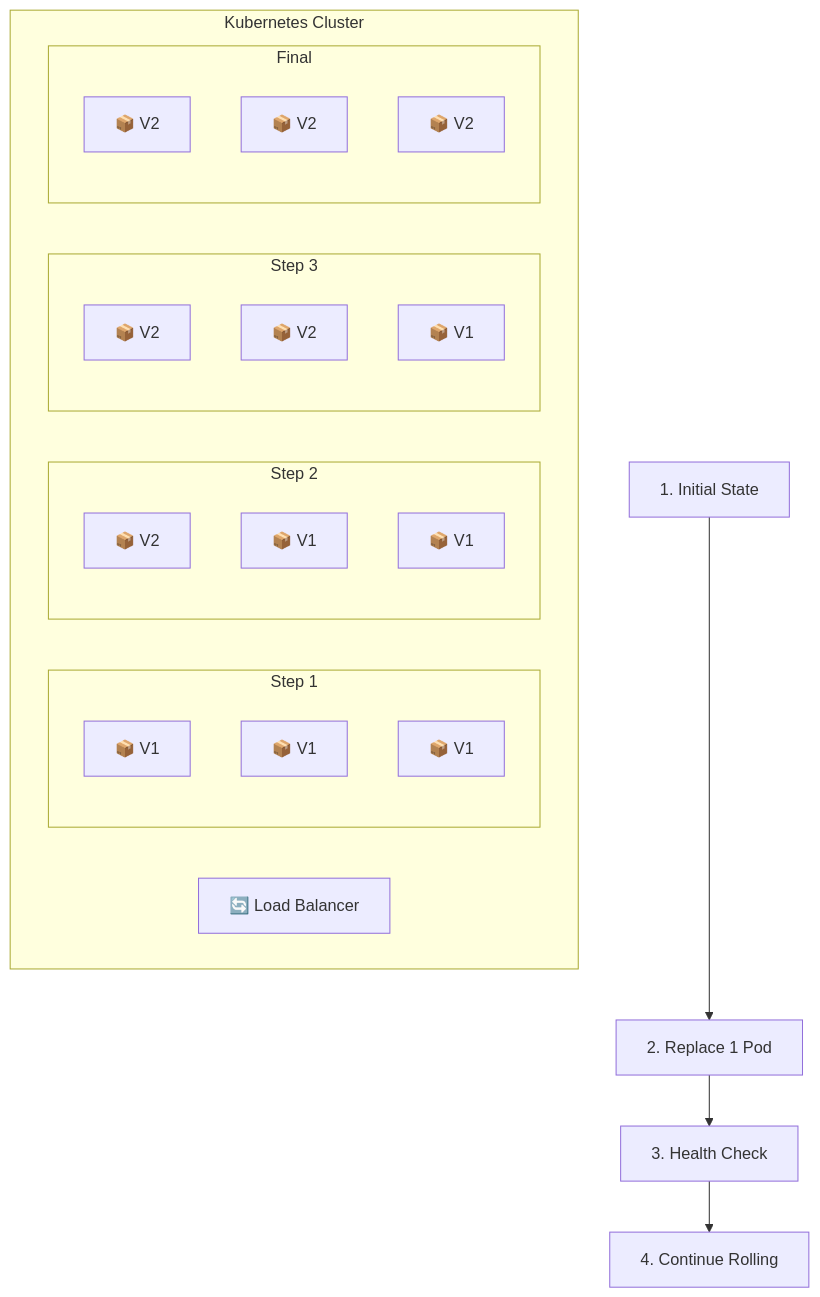
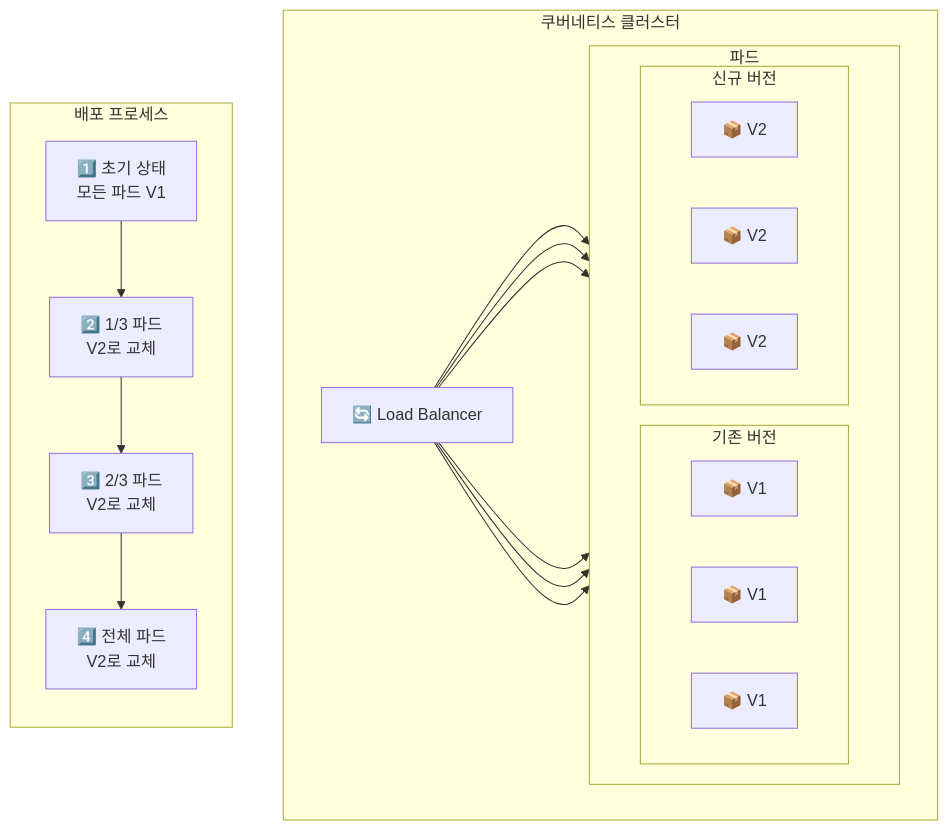
One commit to zinisuni/aiadd changed diagram 21 of 22 in docs/mermaid.md. Above: the diagram before and after it, drawn with Mermaid. The commit also changed other lines of this file, not shown here.

First line of the commit message:
docs: Mermaid 다이어그램 업데이트 및 배포 전략 개선

````diff
--- a/docs/mermaid.md
+++ b/docs/mermaid.md
@@ -479,36 +466,32 @@
 ```mermaid
 flowchart TB
-    subgraph "Kubernetes Cluster"
-        direction LR
+    subgraph Cluster["쿠버네티스 클러스터"]
         LB["🔄 Load Balancer"]
-
-        subgraph "Step 1"
-            Pod1["📦 V1"]
-            Pod2["📦 V1"]
-            Pod3["📦 V1"]
-        end
-
-        subgraph "Step 2"
-            Pod4["📦 V2"]
-            Pod5["📦 V1"]
-            Pod6["📦 V1"]
-        end
-
-        subgraph "Step 3"
-            Pod7["📦 V2"]
-            Pod8["📦 V2"]
-            Pod9["📦 V1"]
-        end
-
-        subgraph "Final"
-            Pod10["📦 V2"]
-            Pod11["📦 V2"]
-            Pod12["📦 V2"]
+        subgraph Pods["파드"]
+            direction LR
+            subgraph Old["기존 버전"]
+                P1["📦 V1"]
+                P2["📦 V1"]
+                P3["📦 V1"]
+            end
+            subgraph New["신규 버전"]
+                P4["📦 V2"]
+                P5["📦 V2"]
+                P6["📦 V2"]
+            end
         end
     end
 
-    Step1["1. Initial State"] -->
-    Step2["2. Replace 1 Pod"] -->
-    Step3["3. Health Check"] -->
-    Step4["4. Continue Rolling"]
+    LB --> P1 & P2 & P3
+    LB --> P4 & P5 & P6
+
+    subgraph Process["배포 프로세스"]
+        direction TB
+        S1["1️⃣ 초기 상태<br/>모든 파드 V1"]
+        S2["2️⃣ 1/3 파드<br/>V2로 교체"]
+        S3["3️⃣ 2/3 파드<br/>V2로 교체"]
+        S4["4️⃣ 전체 파드<br/>V2로 교체"]
+    end
+
+    S1 --> S2 --> S3 --> S4
 ```
````
